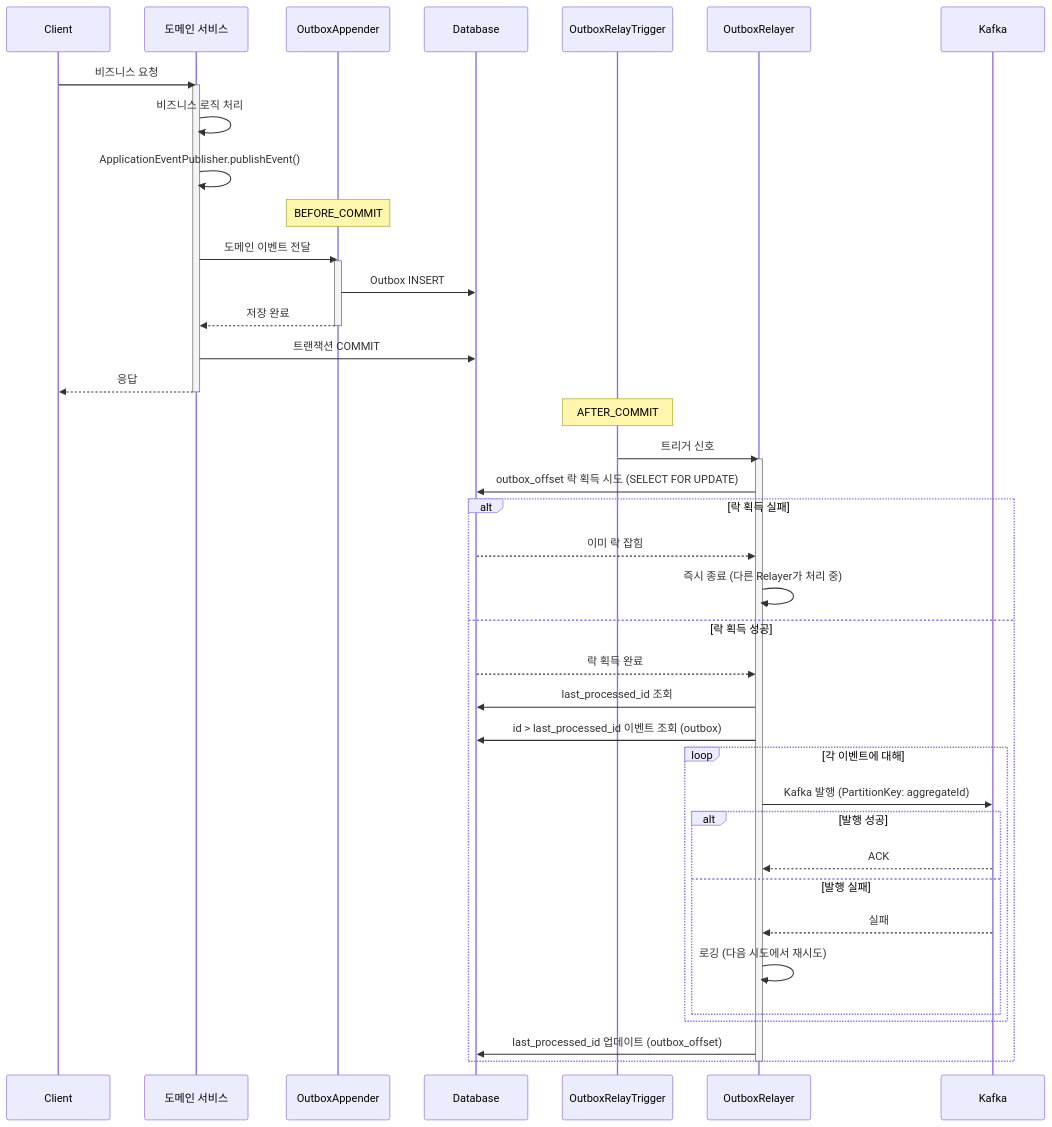
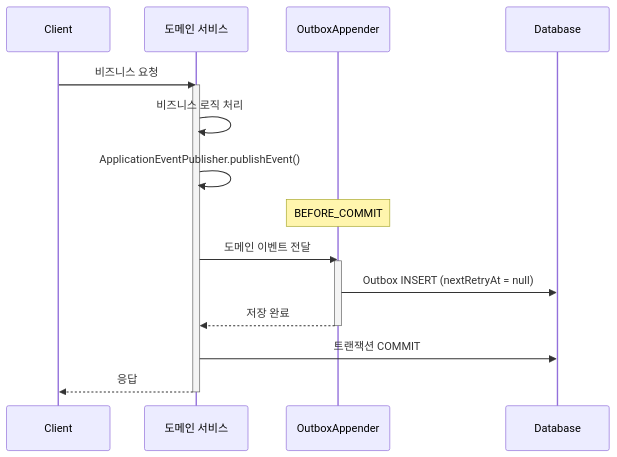
One commit to Loopers-dev-lab/loopers-spring-kotlin-template changed the first of 4 diagrams in docs/week8/round8-solution-design.md. Above: the diagram before and after it, drawn with Mermaid. The commit also changed other lines of this file and 1 other file, not shown here.

First line of the commit message:
refactor: OutboxRelay 설계 및 리팩토링 개선

````diff
--- a/docs/week8/round8-solution-design.md
+++ b/docs/week8/round8-solution-design.md
@@ -162,48 +167,20 @@
 ```mermaid
 sequenceDiagram
     participant C as Client
     participant DS as 도메인 서비스
     participant OA as OutboxAppender
     participant DB as Database
-    participant OT as OutboxRelayTrigger
-    participant OR as OutboxRelayer
-    participant K as Kafka
     C ->> DS: 비즈니스 요청
     activate DS
     DS ->> DS: 비즈니스 로직 처리
     DS ->> DS: ApplicationEventPublisher.publishEvent()
     Note over OA: BEFORE_COMMIT
     DS ->> OA: 도메인 이벤트 전달
     activate OA
-    OA ->> DB: Outbox INSERT
+    OA ->> DB: Outbox INSERT (nextRetryAt = null)
     OA -->> DS: 저장 완료
     deactivate OA
     DS ->> DB: 트랜잭션 COMMIT
     DS -->> C: 응답
     deactivate DS
-    Note over OT: AFTER_COMMIT
-    OT ->> OR: 트리거 신호
-    activate OR
-    OR ->> DB: outbox_offset 락 획득 시도 (SELECT FOR UPDATE)
-    alt 락 획득 실패
-        DB -->> OR: 이미 락 잡힘
-        OR ->> OR: 즉시 종료 (다른 Relayer가 처리 중)
-    else 락 획득 성공
-        DB -->> OR: 락 획득 완료
-        OR ->> DB: last_processed_id 조회
-        OR ->> DB: id > last_processed_id 이벤트 조회 (outbox)
-
-        loop 각 이벤트에 대해
-            OR ->> K: Kafka 발행 (PartitionKey: aggregateId)
-            alt 발행 성공
-                K -->> OR: ACK
-            else 발행 실패
-                K -->> OR: 실패
-                OR ->> OR: 로깅 (다음 시도에서 재시도)
-            end
-        end
-
-        OR ->> DB: last_processed_id 업데이트 (outbox_offset)
-    end
-    deactivate OR
 ```
````
